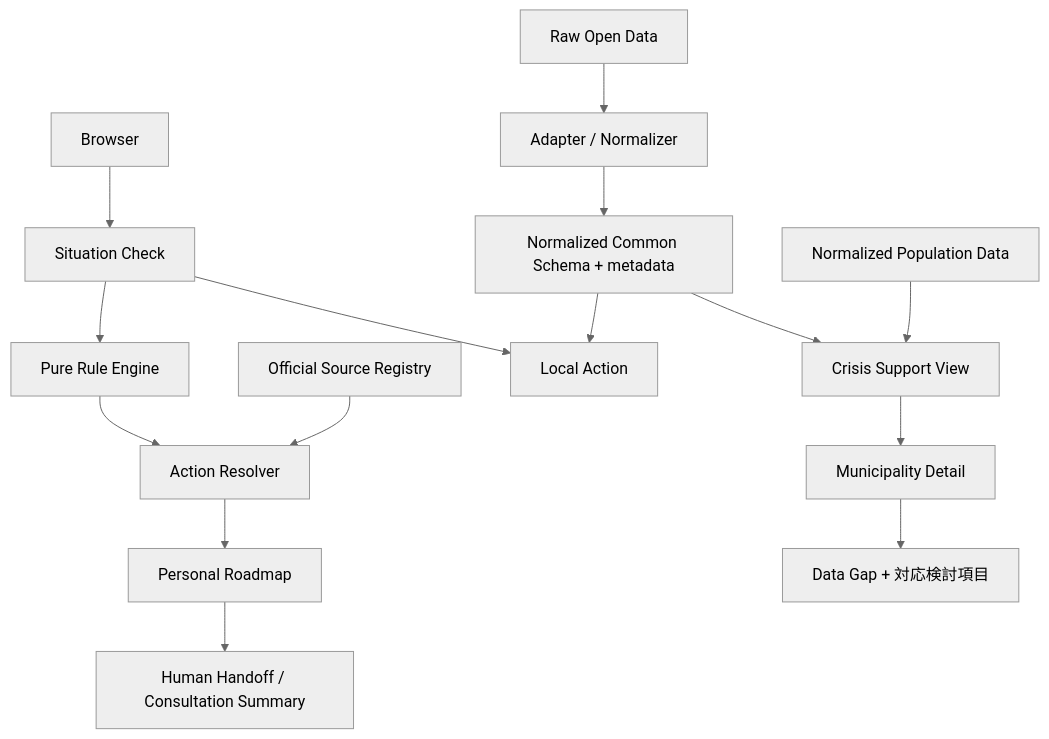
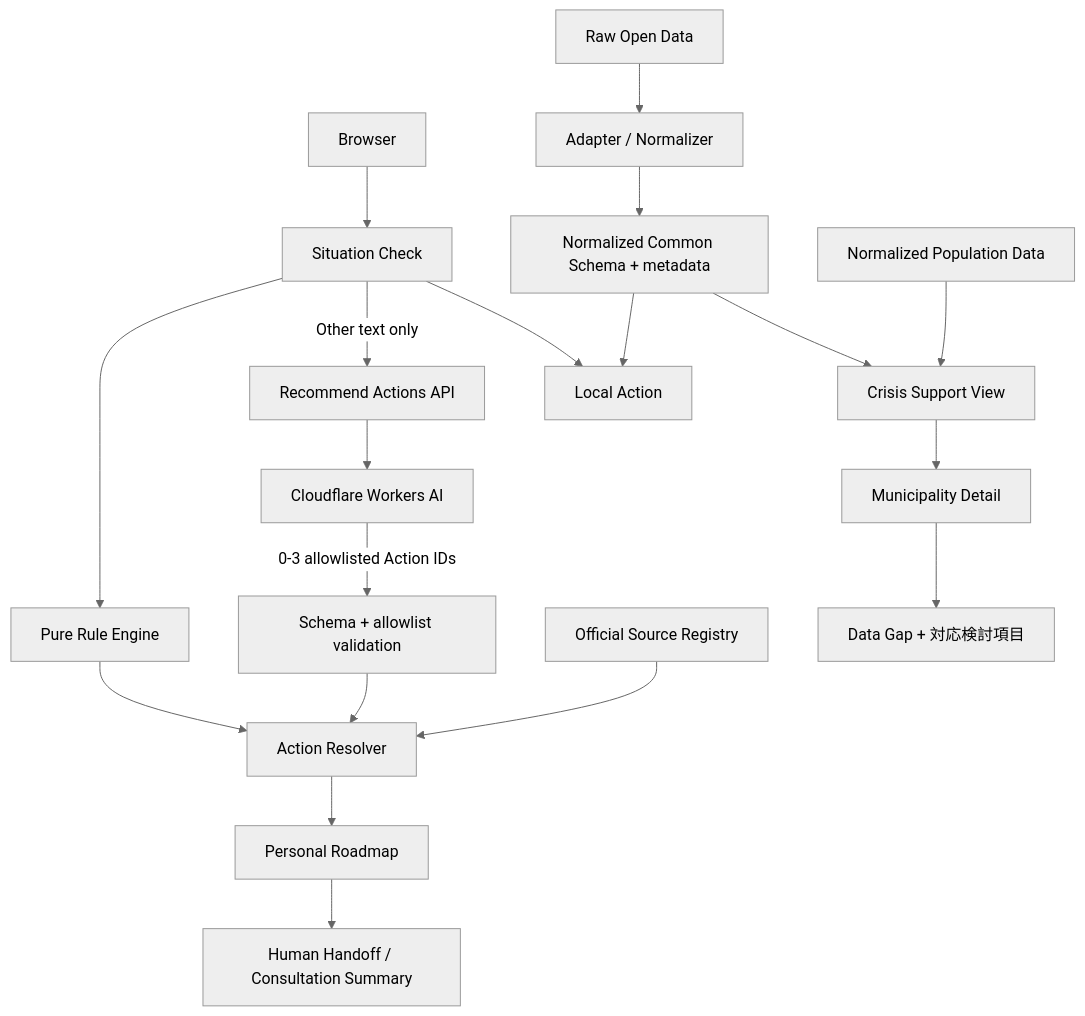
Before and after one commit to kuraryu405/tokyo-opendata: the diagram in docs/architecture.md, drawn with Mermaid (neutral theme). The commit also changed other lines of this file and 21 other files, not shown here.

Commit message:
feat(roadmap): その他の記述をカード選定に反映する

````diff
--- a/docs/architecture.md
+++ b/docs/architecture.md
@@ -3,17 +3,21 @@
 ```mermaid
 flowchart TD
   B[Browser] --> S[Situation Check]
   S --> R[Pure Rule Engine]
+  S -->|Other text only| API[Recommend Actions API]
+  API --> WAI[Cloudflare Workers AI]
+  WAI -->|0-3 allowlisted Action IDs| V[Schema + allowlist validation]
   R --> A[Action Resolver]
+  V --> A
   O[Official Source Registry] --> A
   D[Raw Open Data] --> N[Adapter / Normalizer]
   N --> C[Normalized Common Schema + metadata]
   C --> L[Local Action]
   A --> P[Personal Roadmap]
   P --> H[Human Handoff / Consultation Summary]
   S --> L
   C --> CV[Crisis Support View]
   POP[Normalized Population Data] --> CV
   CV --> M[Municipality Detail]
   M --> G[Data Gap + 対応検討項目]
 ```
````
